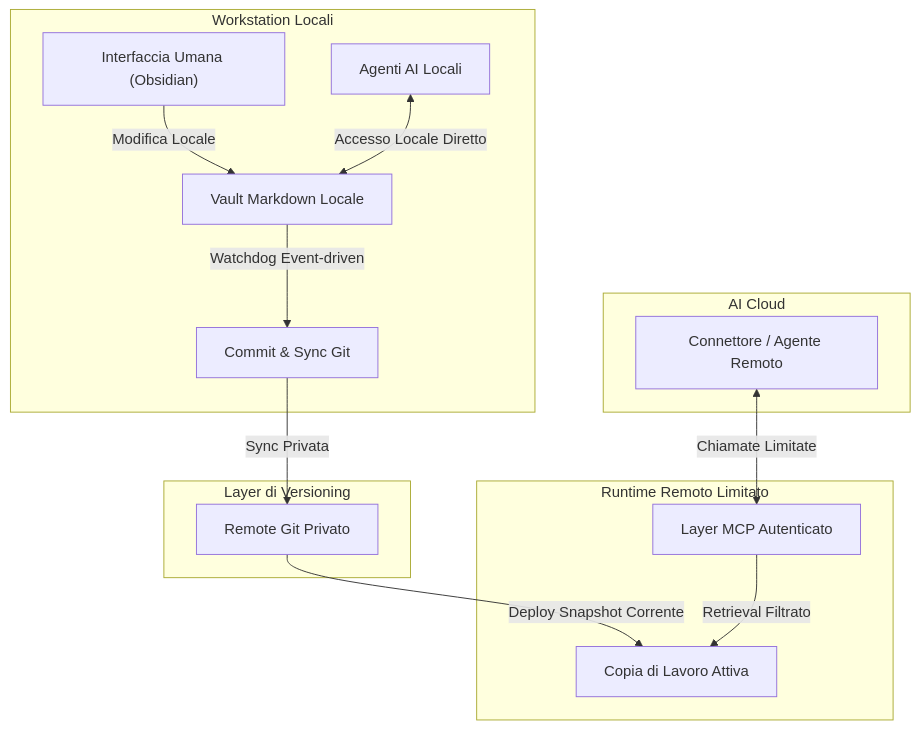
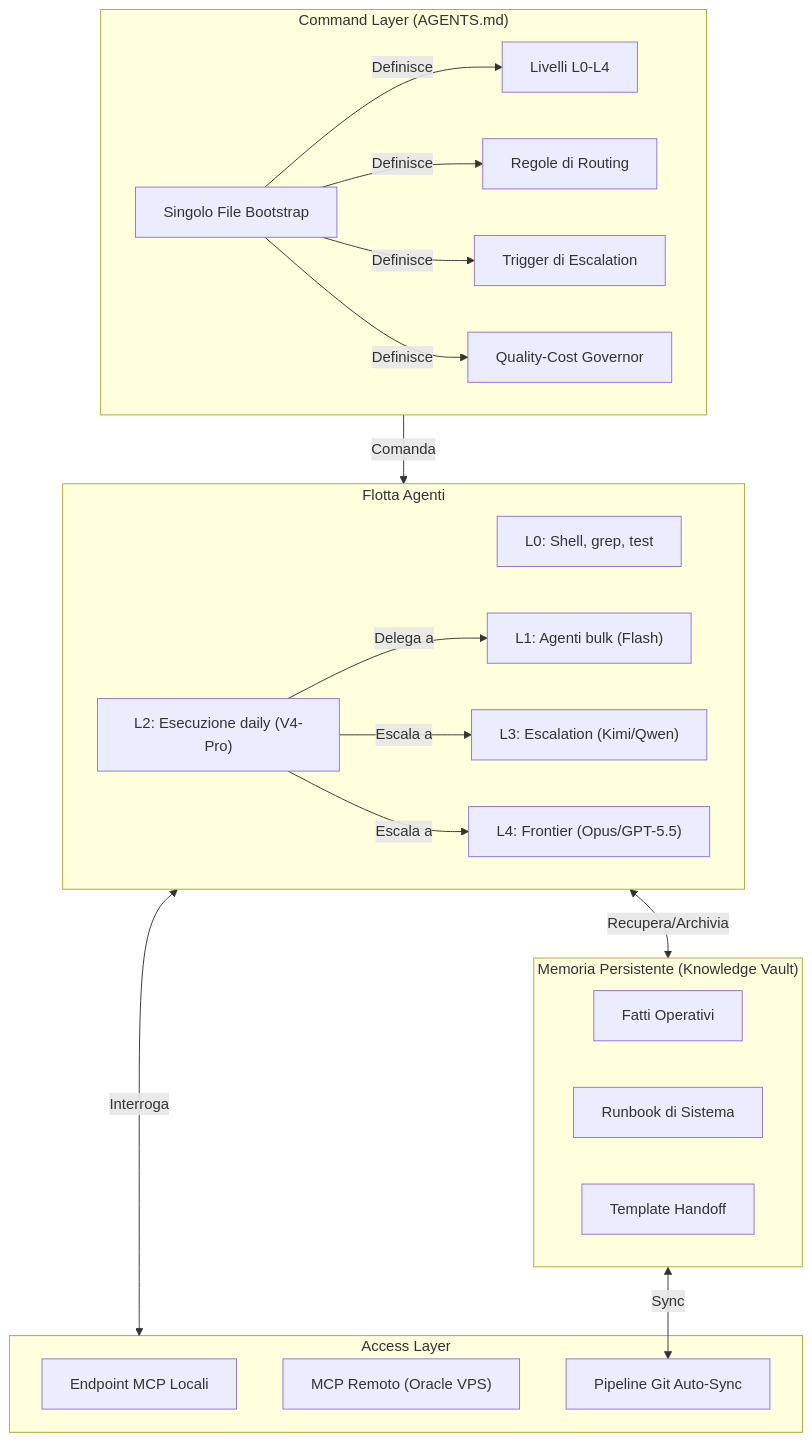
Before and after one commit to matteopasseri407/agentic-ops: the diagram in case-studies/agentic-knowledge-vault-mcp-it.md, drawn with Mermaid. The commit also changed other lines of this file and 2 other files, not shown here.

Commit message:
Reposition vault as multi-agent orchestration architecture, not just memory layer

````diff
--- a/case-studies/agentic-knowledge-vault-mcp-it.md
+++ b/case-studies/agentic-knowledge-vault-mcp-it.md
@@ -22,21 +26,37 @@
 ```mermaid
 graph TD
-    subgraph Workstations["Workstation Locali"]
-        Obsidian["Interfaccia Umana (Obsidian)"] -->|Modifica Locale| LocalVault["Vault Markdown Locale"]
-        LocalVault -->|Watchdog Event-driven| GitSync["Commit & Sync Git"]
-        LocalAgents["Agenti AI Locali"] <-->|Accesso Locale Diretto| LocalVault
+    subgraph CommandLayer["Command Layer (AGENTS.md)"]
+        Bootstrap["Singolo File Bootstrap"] -->|Definisce| Tiers["Livelli L0-L4"]
+        Bootstrap -->|Definisce| Routing["Regole di Routing"]
+        Bootstrap -->|Definisce| Escalation["Trigger di Escalation"]
+        Bootstrap -->|Definisce| Governor["Quality-Cost Governor"]
     end
 
-    subgraph Versioning["Layer di Versioning"]
-        GitSync -->|Sync Privata| PrivateGit["Remote Git Privato"]
+    subgraph Agents["Flotta Agenti"]
+        L0["L0: Shell, grep, test"]
+        L1["L1: Agenti bulk (Flash)"]
+        L2["L2: Esecuzione daily (V4-Pro)"]
+        L3["L3: Escalation (Kimi/Qwen)"]
+        L4["L4: Frontier (Opus/GPT-5.5)"]
     end
 
-    subgraph RemoteRuntime["Runtime Remoto Limitato"]
-        PrivateGit -->|Deploy Snapshot Corrente| WorkingCopy["Copia di Lavoro Attiva"]
-        AccessLayer["Layer MCP Autenticato"] -->|Retrieval Filtrato| WorkingCopy
+    subgraph Memory["Memoria Persistente (Knowledge Vault)"]
+        Facts["Fatti Operativi"]
+        Runbooks["Runbook di Sistema"]
+        HandoffTemplates["Template Handoff"]
     end
 
-    subgraph ExternalAI["AI Cloud"]
-        CustomConnector["Connettore / Agente Remoto"] <-->|Chiamate Limitate| AccessLayer
+    subgraph Access["Access Layer"]
+        LocalMCP["Endpoint MCP Locali"]
+        RemoteMCP["MCP Remoto (Oracle VPS)"]
+        GitSync["Pipeline Git Auto-Sync"]
     end
+
+    CommandLayer -->|Comanda| Agents
+    Agents <-->|Recupera/Archivia| Memory
+    Memory <-->|Sync| GitSync
+    Agents <-->|Interroga| Access
+    L2 -->|Delega a| L1
+    L2 -->|Escala a| L3
+    L2 -->|Escala a| L4
 ```
````
